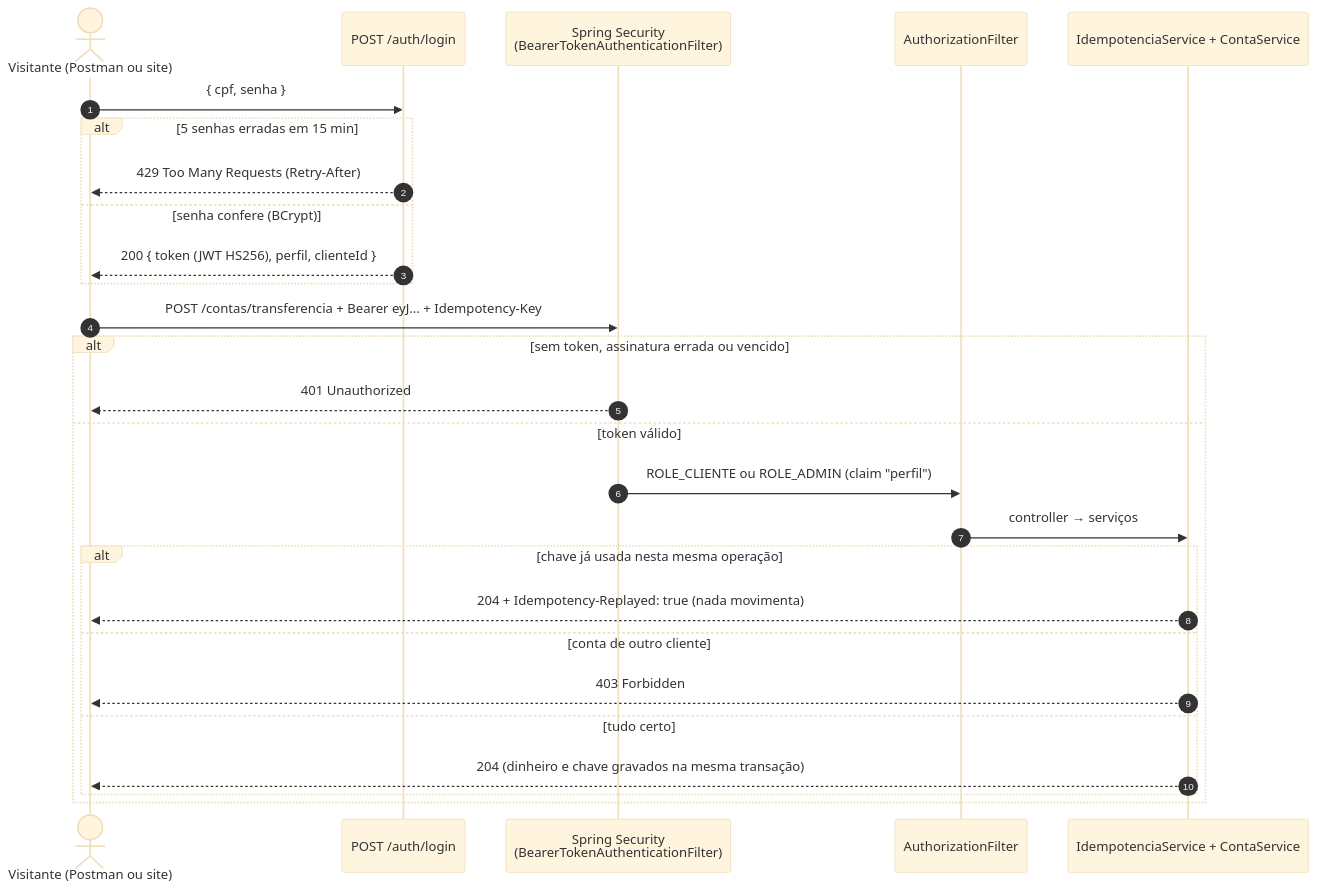
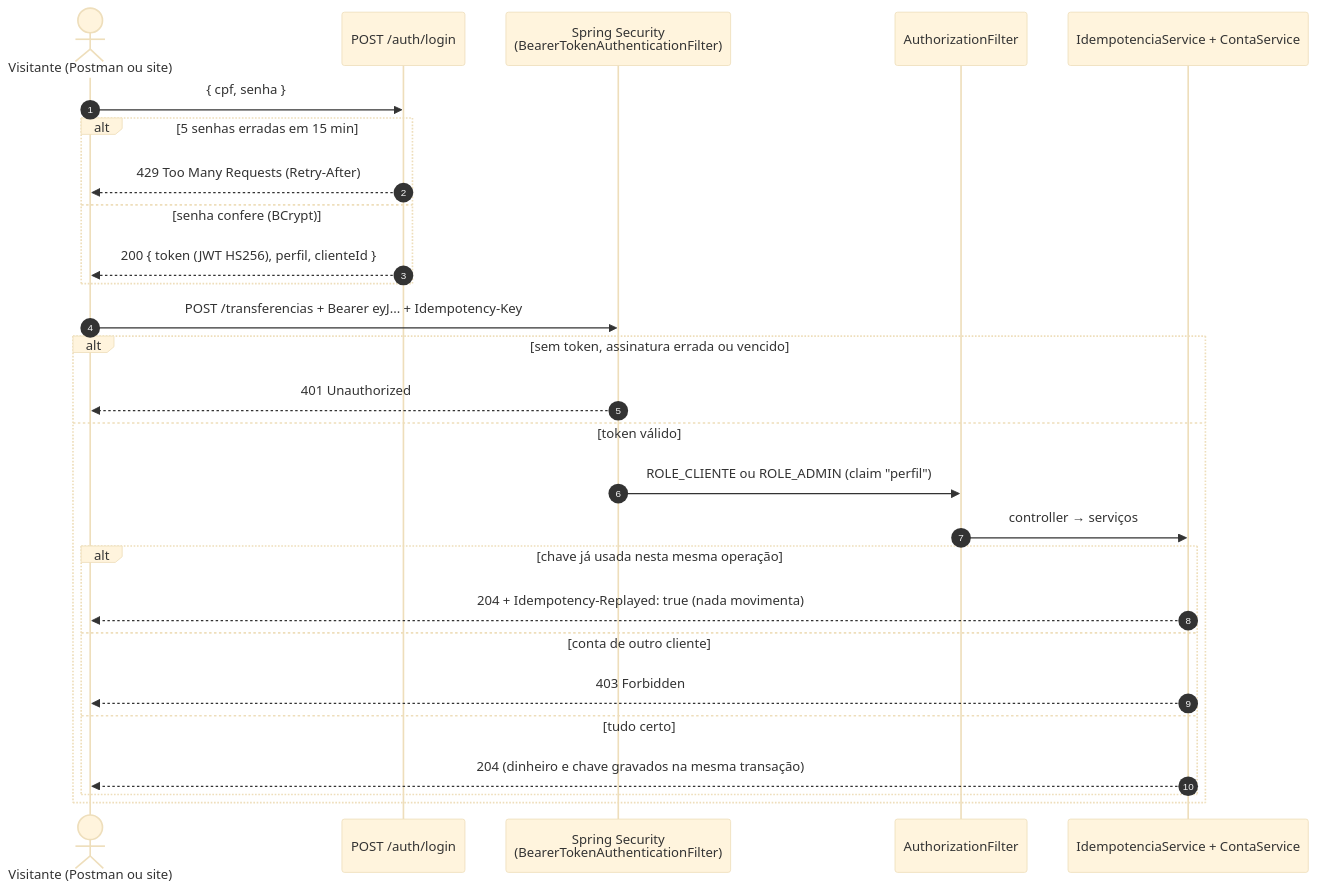
The first of 5 diagrams in backend/README_TESTES_E2E.md (k3vinrich4rd/rkf_bank), drawn with Mermaid (base theme) before and after one commit. The commit also changed other lines of this file and 12 other files, not shown here.

````diff
--- a/backend/README_TESTES_E2E.md
+++ b/backend/README_TESTES_E2E.md
@@ -109,29 +109,29 @@
 ```mermaid
 sequenceDiagram
     autonumber
     actor V as Visitante (Postman ou site)
     participant L as POST /auth/login
     participant SEC as Spring Security<br/>(BearerTokenAuthenticationFilter)
     participant AZ as AuthorizationFilter
     participant S as IdempotenciaService + ContaService
     V->>L: { cpf, senha }
     alt 5 senhas erradas em 15 min
         L-->>V: 429 Too Many Requests (Retry-After)
     else senha confere (BCrypt)
         L-->>V: 200 { token (JWT HS256), perfil, clienteId }
     end
-    V->>SEC: POST /contas/transferencia + Bearer eyJ... + Idempotency-Key
+    V->>SEC: POST /transferencias + Bearer eyJ... + Idempotency-Key
     alt sem token, assinatura errada ou vencido
         SEC-->>V: 401 Unauthorized
     else token válido
         SEC->>AZ: ROLE_CLIENTE ou ROLE_ADMIN (claim "perfil")
         AZ->>S: controller → serviços
         alt chave já usada nesta mesma operação
             S-->>V: 204 + Idempotency-Replayed: true (nada movimenta)
         else conta de outro cliente
             S-->>V: 403 Forbidden
         else tudo certo
             S-->>V: 204 (dinheiro e chave gravados na mesma transação)
         end
     end
 ```
````
